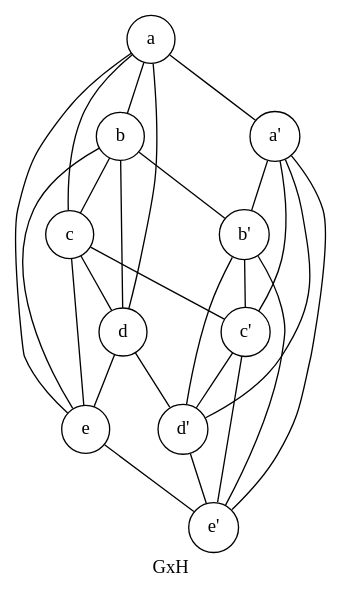
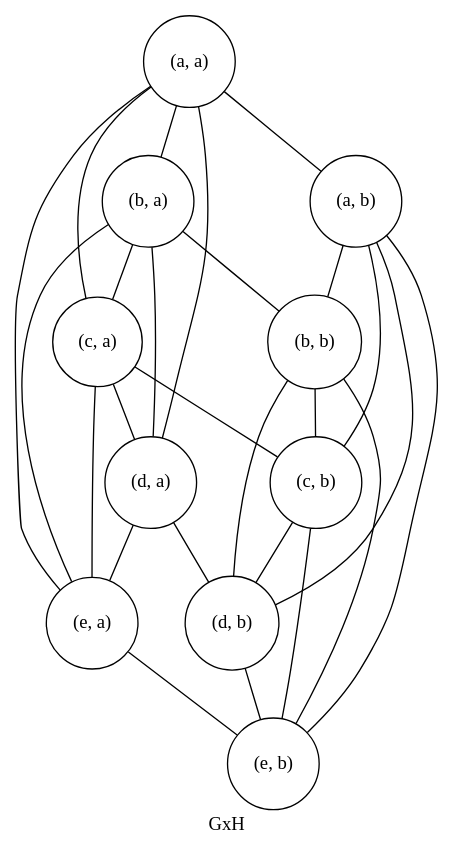
Before and after one commit to h4tguy/gt-hons: the diagram in tut1/115/115aGH2.dot, drawn with Graphviz. The commit also changed 7 other files, not shown here.

Commit message:
changed GxH graphs to use tuples as names

```diff
--- a/tut1/115/115aGH2.dot
+++ b/tut1/115/115aGH2.dot
@@ -1,43 +1,43 @@
 graph GH {
     overlap=false
     splines=true
     node [shape=circle]
     label="GxH"
 
     edge [len=4]
-    a -- b
-    a -- c
-    a -- d
-    a -- e
+    "(a, a)" -- "(b, a)"
+    "(a, a)" -- "(c, a)"
+    "(a, a)" -- "(d, a)"
+    "(a, a)" -- "(e, a)"
 
-    b -- c
-    b -- d
-    b -- e
+    "(b, a)" -- "(c, a)"
+    "(b, a)" -- "(d, a)"
+    "(b, a)" -- "(e, a)"
 
-    c -- d
-    c -- e
+    "(c, a)" -- "(d, a)"
+    "(c, a)" -- "(e, a)"
 
-    d -- e
+    "(d, a)" -- "(e, a)"
 
-    "a'" -- "b'"
-    "a'" -- "c'"
-    "a'" -- "d'"
-    "a'" -- "e'"
-              
-    "b'" -- "c'"
-    "b'" -- "d'"
-    "b'" -- "e'"
-              
-    "c'" -- "d'"
-    "c'" -- "e'"
-              
-    "d'" -- "e'"
+    "(a, b)" -- "(b, b)"
+    "(a, b)" -- "(c, b)"
+    "(a, b)" -- "(d, b)"
+    "(a, b)" -- "(e, b)"
+
+    "(b, b)" -- "(c, b)"
+    "(b, b)" -- "(d, b)"
+    "(b, b)" -- "(e, b)"
+
+    "(c, b)" -- "(d, b)"
+    "(c, b)" -- "(e, b)"
+
+    "(d, b)" -- "(e, b)"
 
     edge [len=1]
     edge [weight=2]
-    "a" -- "a'"
-    "b" -- "b'"
-    "c" -- "c'"
-    "d" -- "d'"
-    "e" -- "e'"
+    "(a, a)" -- "(a, b)"
+    "(b, a)" -- "(b, b)"
+    "(c, a)" -- "(c, b)"
+    "(d, a)" -- "(d, b)"
+    "(e, a)" -- "(e, b)"
 }
```
